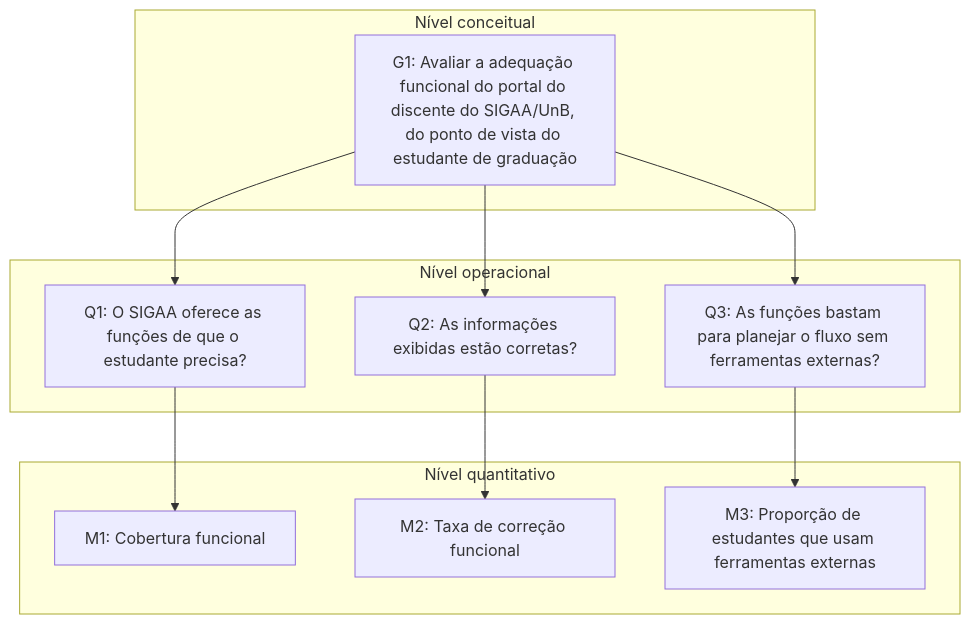
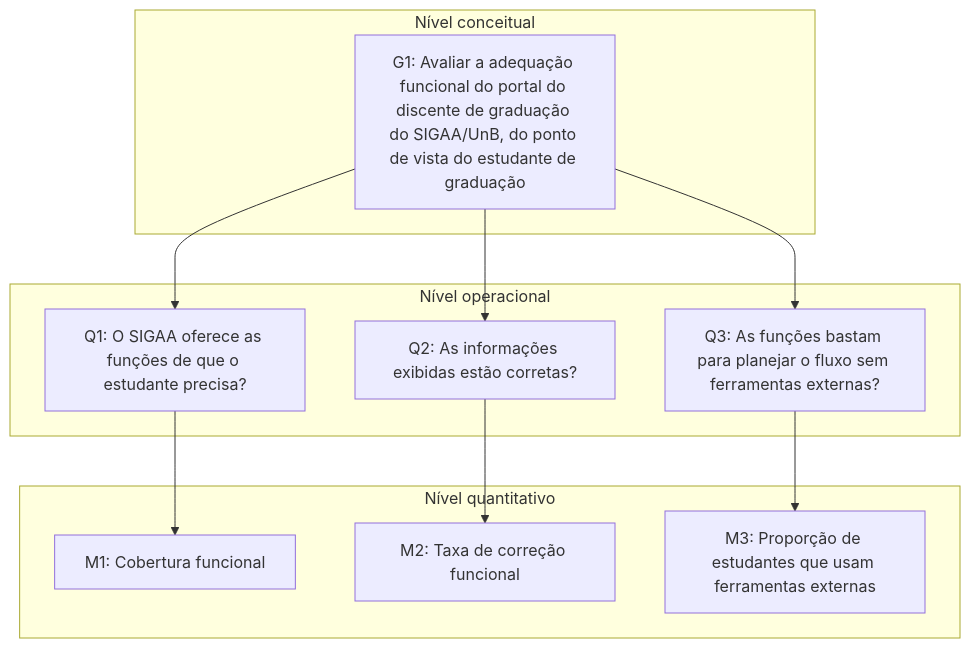
Before and after one commit to FCTE-Qualidade-de-Software-1/2026-2_T02_ADELE_GOLDSTINE: the second of 4 diagrams in docs/fase-2/grafico-gqm.md, drawn with Mermaid. The commit also changed other lines of this file and 1 other file, not shown here.

````diff
--- a/docs/fase-2/grafico-gqm.md
+++ b/docs/fase-2/grafico-gqm.md
@@ -69,20 +69,20 @@
 ```mermaid
 flowchart TD
     subgraph C["Nível conceitual"]
-        G1["G1: Avaliar a adequação funcional do portal do discente do SIGAA/UnB, do ponto de vista do estudante de graduação"]
+        G1["G1: Avaliar a adequação funcional do portal do discente de graduação do SIGAA/UnB, do ponto de vista do estudante de graduação"]
     end
     subgraph O["Nível operacional"]
         Q1["Q1: O SIGAA oferece as funções de que o estudante precisa?"]
         Q2["Q2: As informações exibidas estão corretas?"]
         Q3["Q3: As funções bastam para planejar o fluxo sem ferramentas externas?"]
     end
     subgraph Qt["Nível quantitativo"]
         M1["M1: Cobertura funcional"]
         M2["M2: Taxa de correção funcional"]
         M3["M3: Proporção de estudantes que usam ferramentas externas"]
     end
     G1 --> Q1 & Q2 & Q3
     Q1 --> M1
     Q2 --> M2
     Q3 --> M3
 ```
````
